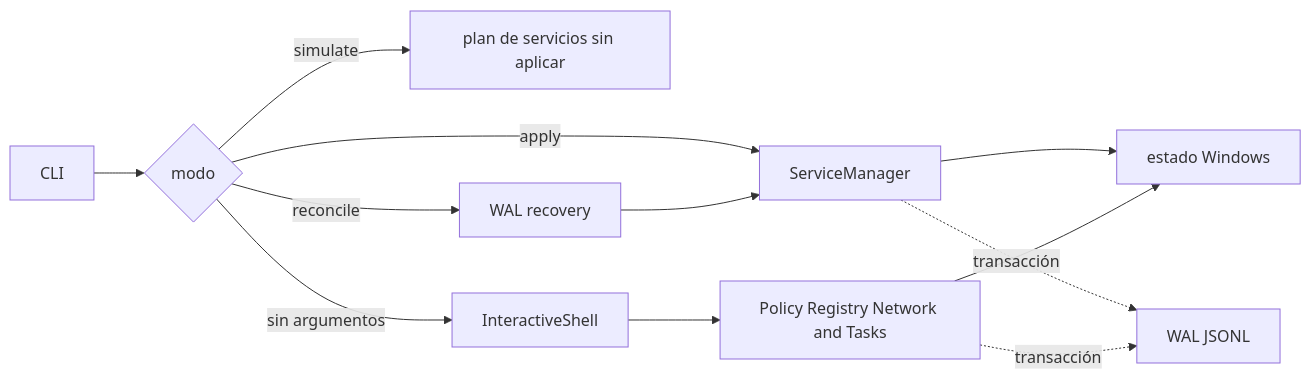
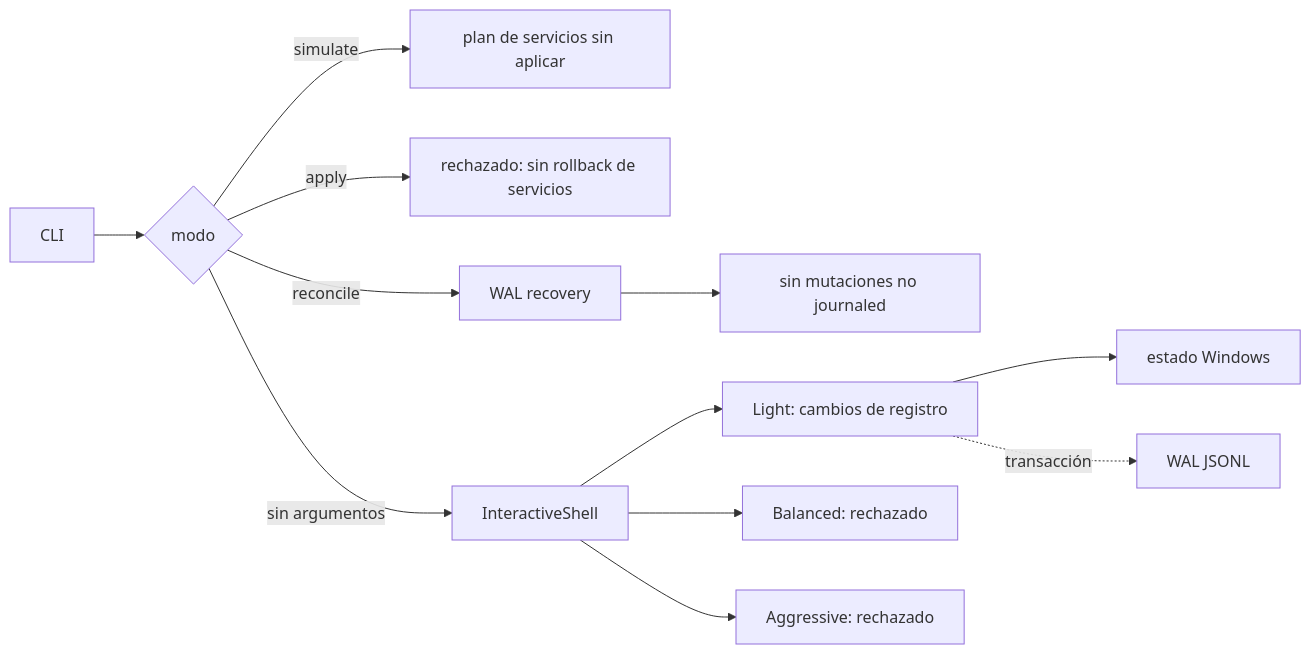
The diagram in README.md (genesisgzdev/Aegis11), drawn with Mermaid before and after one commit. The commit also changed other lines of this file and 22 other files, not shown here.

````diff
--- a/README.md
+++ b/README.md
@@ -37,14 +42,14 @@
 ```mermaid
 flowchart LR
     A[CLI] --> B{modo}
     B -->|simulate| C[plan de servicios sin aplicar]
-    B -->|apply| D[ServiceManager]
+    B -->|apply| D["rechazado: sin rollback de servicios"]
     B -->|reconcile| E[WAL recovery]
-    E --> D
+    E --> J[sin mutaciones no journaled]
     B -->|sin argumentos| F[InteractiveShell]
-    F --> G[Policy Registry Network and Tasks]
-    D --> H[estado Windows]
-    G --> H
-    D -. transacción .-> I[WAL JSONL]
-    G -. transacción .-> I
+    F --> G["Light: cambios de registro"]
+    F --> K["Balanced: rechazado"]
+    F --> L["Aggressive: rechazado"]
+    G --> H[estado Windows]
+    G -. transacción .-> I[WAL JSONL]
 ```
````
